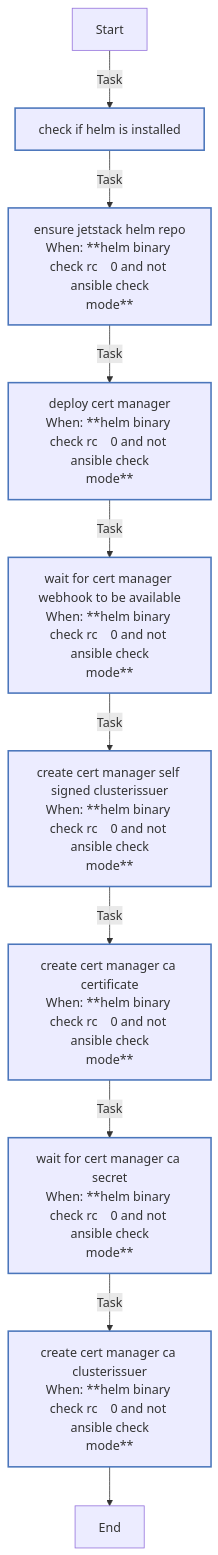
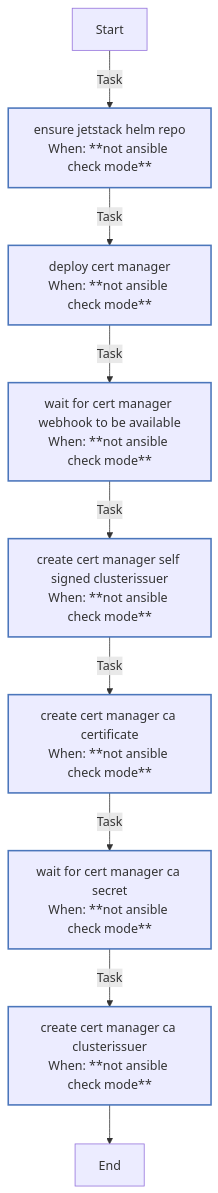
Before and after one commit to rou-cru/k3s-homelab: the second of 2 diagrams in roles/cert_manager/README.md, drawn with Mermaid. The commit also changed other lines of this file and 23 other files, not shown here.

````diff
--- a/roles/cert_manager/README.md
+++ b/roles/cert_manager/README.md
@@ -142,22 +172,21 @@
 ```mermaid
 flowchart TD
 Start
 classDef block stroke:#3498db,stroke-width:2px;
 classDef task stroke:#4b76bb,stroke-width:2px;
 classDef includeTasks stroke:#16a085,stroke-width:2px;
 classDef importTasks stroke:#34495e,stroke-width:2px;
 classDef includeRole stroke:#2980b9,stroke-width:2px;
 classDef importRole stroke:#699ba7,stroke-width:2px;
 classDef includeVars stroke:#8e44ad,stroke-width:2px;
 classDef rescue stroke:#665352,stroke-width:2px;
 
-  Start-->|Task| Check_if_Helm_is_installed0[check if helm is installed]:::task
-  Check_if_Helm_is_installed0-->|Task| Ensure_Jetstack_Helm_repo1[ensure jetstack helm repo<br>When: **helm binary check rc    0 and not ansible check<br>mode**]:::task
-  Ensure_Jetstack_Helm_repo1-->|Task| Deploy_cert_manager2[deploy cert manager<br>When: **helm binary check rc    0 and not ansible check<br>mode**]:::task
-  Deploy_cert_manager2-->|Task| Wait_for_cert_manager_webhook_to_be_available3[wait for cert manager webhook to be available<br>When: **helm binary check rc    0 and not ansible check<br>mode**]:::task
-  Wait_for_cert_manager_webhook_to_be_available3-->|Task| Create_cert_manager_self_signed_ClusterIssuer4[create cert manager self signed clusterissuer<br>When: **helm binary check rc    0 and not ansible check<br>mode**]:::task
-  Create_cert_manager_self_signed_ClusterIssuer4-->|Task| Create_cert_manager_CA_certificate5[create cert manager ca certificate<br>When: **helm binary check rc    0 and not ansible check<br>mode**]:::task
-  Create_cert_manager_CA_certificate5-->|Task| Wait_for_cert_manager_CA_secret6[wait for cert manager ca secret<br>When: **helm binary check rc    0 and not ansible check<br>mode**]:::task
-  Wait_for_cert_manager_CA_secret6-->|Task| Create_cert_manager_CA_ClusterIssuer7[create cert manager ca clusterissuer<br>When: **helm binary check rc    0 and not ansible check<br>mode**]:::task
-  Create_cert_manager_CA_ClusterIssuer7-->End
+  Start-->|Task| Ensure_Jetstack_Helm_repo0[ensure jetstack helm repo<br>When: **not ansible check mode**]:::task
+  Ensure_Jetstack_Helm_repo0-->|Task| Deploy_cert_manager1[deploy cert manager<br>When: **not ansible check mode**]:::task
+  Deploy_cert_manager1-->|Task| Wait_for_cert_manager_webhook_to_be_available2[wait for cert manager webhook to be available<br>When: **not ansible check mode**]:::task
+  Wait_for_cert_manager_webhook_to_be_available2-->|Task| Create_cert_manager_self_signed_ClusterIssuer3[create cert manager self signed clusterissuer<br>When: **not ansible check mode**]:::task
+  Create_cert_manager_self_signed_ClusterIssuer3-->|Task| Create_cert_manager_CA_certificate4[create cert manager ca certificate<br>When: **not ansible check mode**]:::task
+  Create_cert_manager_CA_certificate4-->|Task| Wait_for_cert_manager_CA_secret5[wait for cert manager ca secret<br>When: **not ansible check mode**]:::task
+  Wait_for_cert_manager_CA_secret5-->|Task| Create_cert_manager_CA_ClusterIssuer6[create cert manager ca clusterissuer<br>When: **not ansible check mode**]:::task
+  Create_cert_manager_CA_ClusterIssuer6-->End
 ```
````
